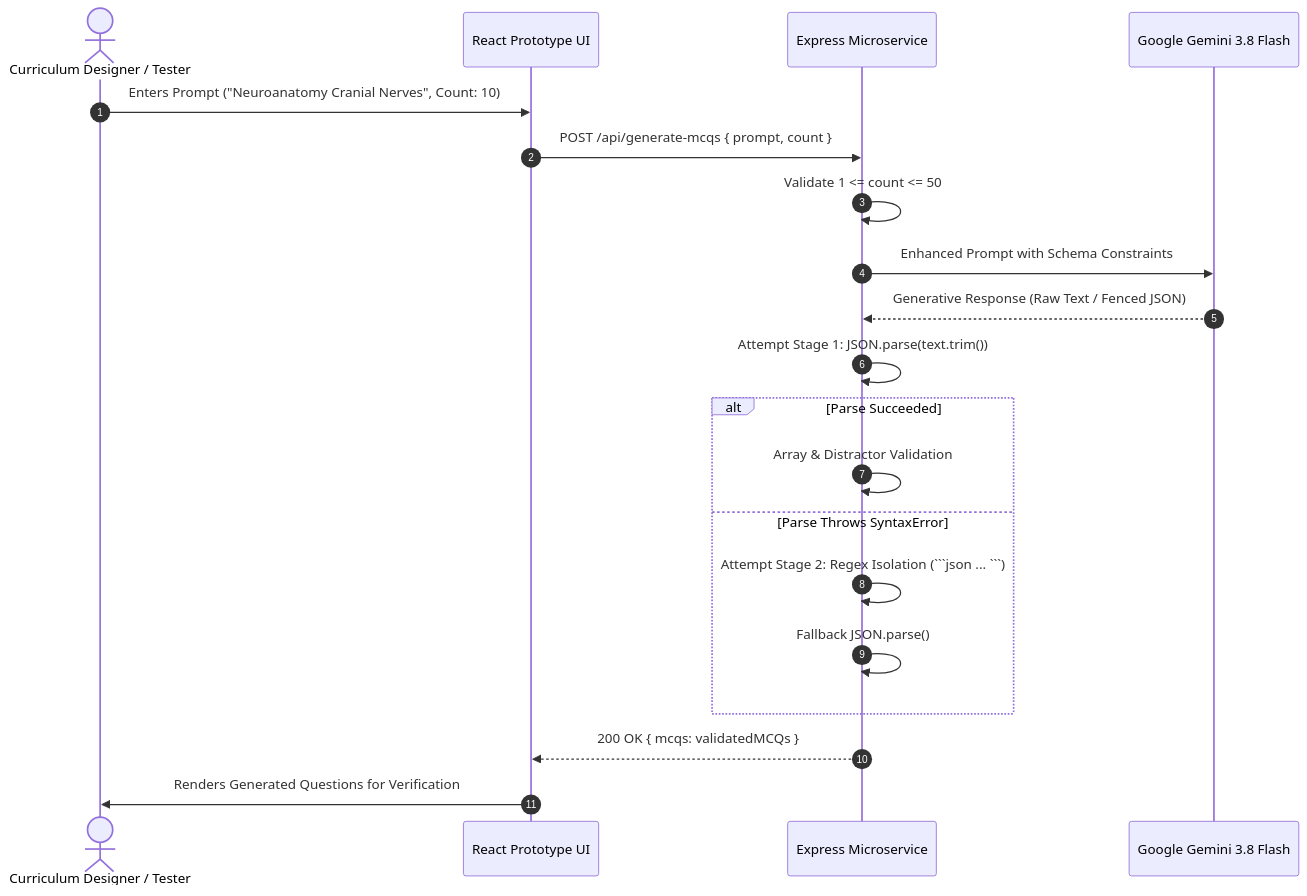
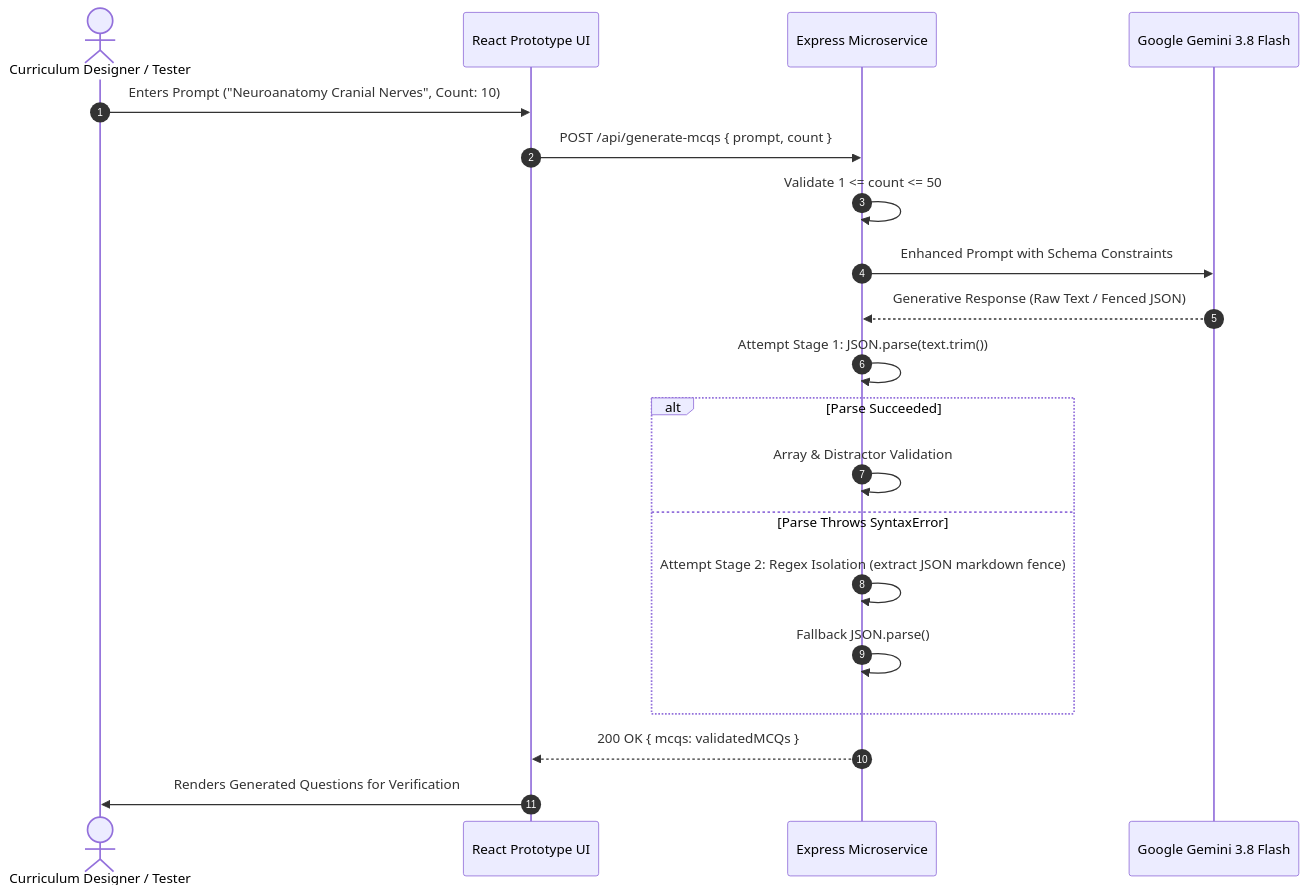
Before and after one commit to dhrub4545/quiz-Generator-: the second of 2 diagrams in README.md, drawn with Mermaid. The commit also changed other lines of this file, not shown here.

Commit message:
fix(docs): resolve Mermaid syntax errors and arrow notation in system architecture diagrams

````diff
--- a/README.md
+++ b/README.md
@@ -110,25 +110,25 @@
 ```mermaid
 sequenceDiagram
     autonumber
     actor Researcher as Curriculum Designer / Tester
     participant Web as React Prototype UI
     participant Backend as Express Microservice
     participant Gemini as Google Gemini 3.8 Flash
 
     Researcher->>Web: Enters Prompt ("Neuroanatomy Cranial Nerves", Count: 10)
     Web->>Backend: POST /api/generate-mcqs { prompt, count }
     Backend->>Backend: Validate 1 <= count <= 50
     Backend->>Gemini: Enhanced Prompt with Schema Constraints
     Gemini-->>Backend: Generative Response (Raw Text / Fenced JSON)
     
     Backend->>Backend: Attempt Stage 1: JSON.parse(text.trim())
     alt Parse Succeeded
         Backend->>Backend: Array & Distractor Validation
     else Parse Throws SyntaxError
-        Backend->>Backend: Attempt Stage 2: Regex Isolation (```json ... ```)
+        Backend->>Backend: Attempt Stage 2: Regex Isolation (extract JSON markdown fence)
         Backend->>Backend: Fallback JSON.parse()
     end
 
     Backend-->>Web: 200 OK { mcqs: validatedMCQs }
     Web->>Researcher: Renders Generated Questions for Verification
 ```
````
